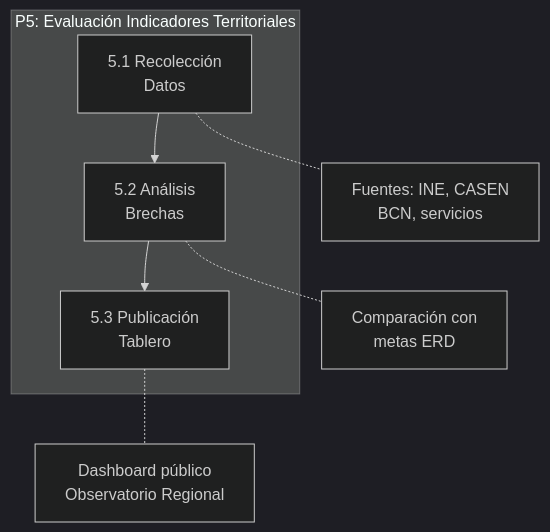
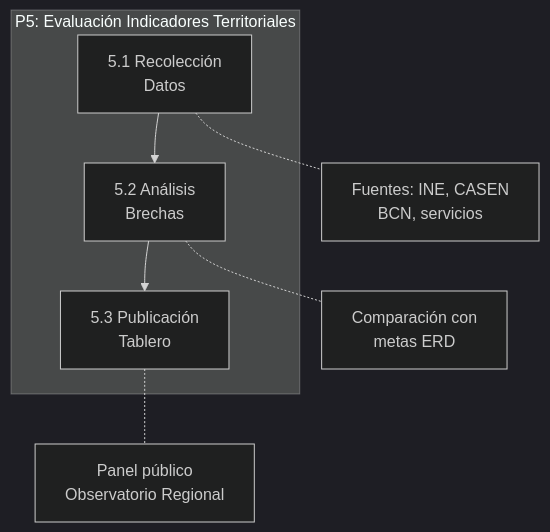
Before and after one commit to felix-antonio-sl/gore_os: the eighth of 10 diagrams in docs/blueprint/domains/domain_d-plan.md, drawn with Mermaid (dark theme). The commit also changed other lines of this file and 13 other files, not shown here.

````diff
--- a/docs/blueprint/domains/domain_d-plan.md
+++ b/docs/blueprint/domains/domain_d-plan.md
@@ -363,14 +363,14 @@
 ```mermaid
 flowchart TB
     subgraph P5["P5: Evaluación Indicadores Territoriales"]
         P5_1["5.1 Recolección<br/>Datos"]
         P5_2["5.2 Análisis<br/>Brechas"]
         P5_3["5.3 Publicación<br/>Tablero"]
     end
 
     P5_1 --> P5_2 --> P5_3
 
     P5_1 -.- N1["Fuentes: INE, CASEN<br/>BCN, servicios"]
     P5_2 -.- N2["Comparación con<br/>metas ERD"]
-    P5_3 -.- N3["Dashboard público<br/>Observatorio Regional"]
+    P5_3 -.- N3["Panel público<br/>Observatorio Regional"]
 ```
````
